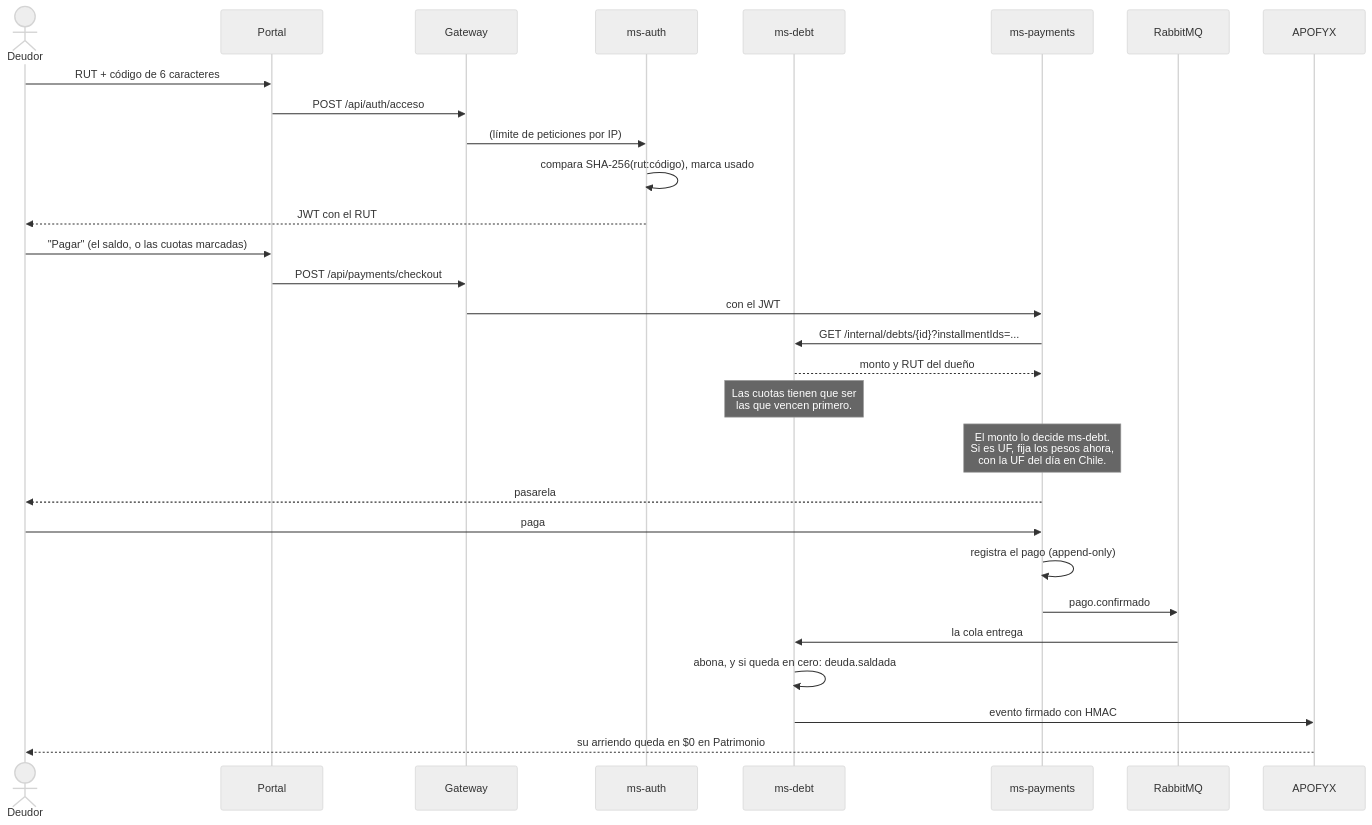
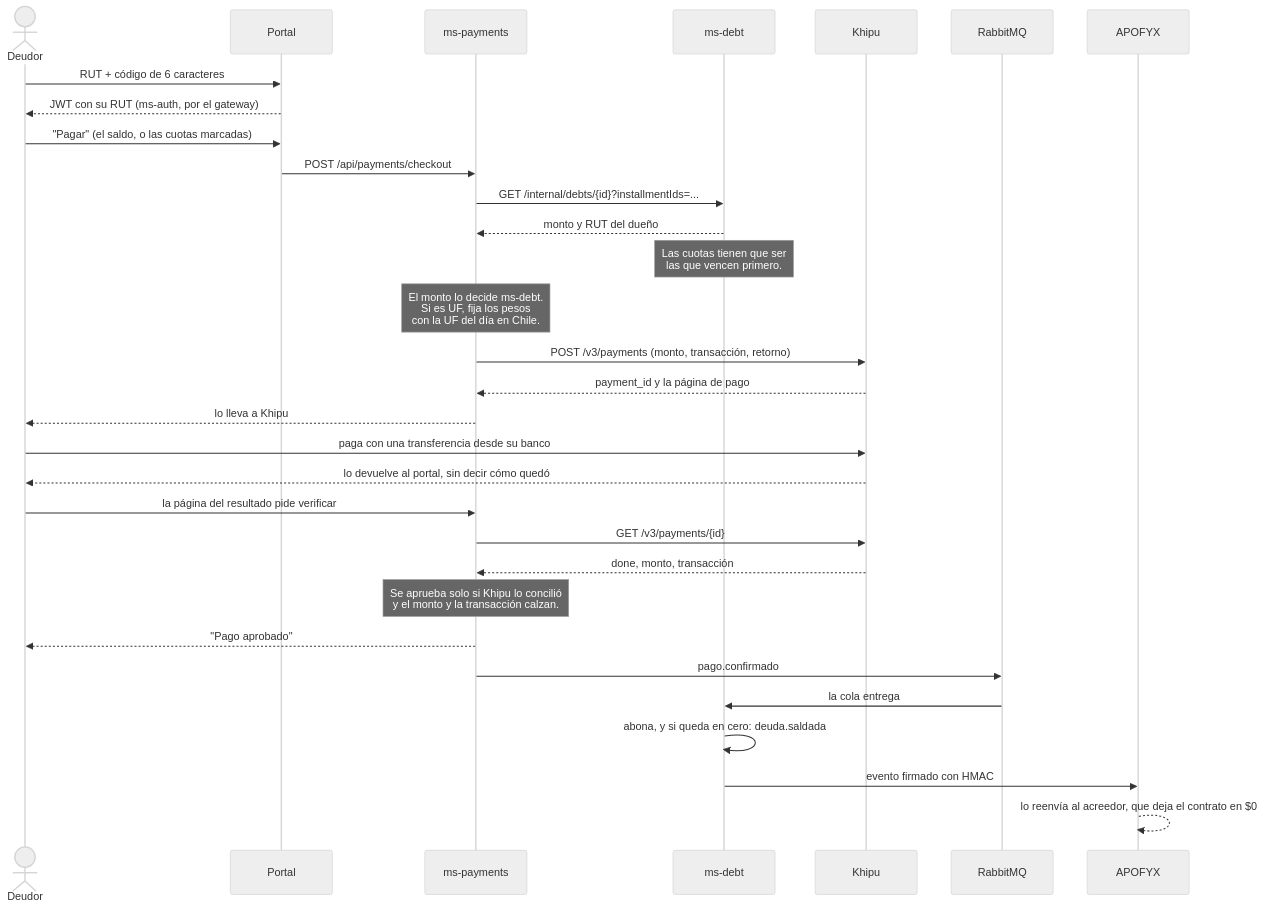
Before and after one commit to Martin6k/TB_web: the sixth of 7 diagrams in README.md, drawn with Mermaid (neutral theme). The commit also changed other lines of this file and 64 other files, not shown here.

````diff
--- a/README.md
+++ b/README.md
@@ -515,34 +601,37 @@
 ```mermaid
 sequenceDiagram
     actor D as Deudor
     participant P as Portal
-    participant G as Gateway
-    participant A as ms-auth
+    participant Y as ms-payments
     participant M as ms-debt
-    participant Y as ms-payments
+    participant K as Khipu
     participant R as RabbitMQ
     participant X as APOFYX
 
     D->>P: RUT + código de 6 caracteres
-    P->>G: POST /api/auth/acceso
-    G->>A: (límite de peticiones por IP)
-    A->>A: compara SHA-256(rut:código), marca usado
-    A-->>D: JWT con el RUT
+    P-->>D: JWT con su RUT (ms-auth, por el gateway)
 
     D->>P: "Pagar" (el saldo, o las cuotas marcadas)
-    P->>G: POST /api/payments/checkout
-    G->>Y: con el JWT
+    P->>Y: POST /api/payments/checkout
     Y->>M: GET /internal/debts/{id}?installmentIds=...
     M-->>Y: monto y RUT del dueño
     Note over M: Las cuotas tienen que ser<br/>las que vencen primero.
-    Note over Y: El monto lo decide ms-debt.<br/>Si es UF, fija los pesos ahora,<br/>con la UF del día en Chile.
-    Y-->>D: pasarela
+    Note over Y: El monto lo decide ms-debt.<br/>Si es UF, fija los pesos<br/>con la UF del día en Chile.
+    Y->>K: POST /v3/payments (monto, transacción, retorno)
+    K-->>Y: payment_id y la página de pago
+    Y-->>D: lo lleva a Khipu
 
-    D->>Y: paga
-    Y->>Y: registra el pago (append-only)
+    D->>K: paga con una transferencia desde su banco
+    K-->>D: lo devuelve al portal, sin decir cómo quedó
+    D->>Y: la página del resultado pide verificar
+    Y->>K: GET /v3/payments/{id}
+    K-->>Y: done, monto, transacción
+    Note over Y: Se aprueba solo si Khipu lo concilió<br/>y el monto y la transacción calzan.
+    Y-->>D: "Pago aprobado"
+
     Y->>R: pago.confirmado
     R->>M: la cola entrega
     M->>M: abona, y si queda en cero: deuda.saldada
     M->>X: evento firmado con HMAC
-    X-->>D: su arriendo queda en $0 en Patrimonio
+    X-->>X: lo reenvía al acreedor, que deja el contrato en $0
 ```
````
